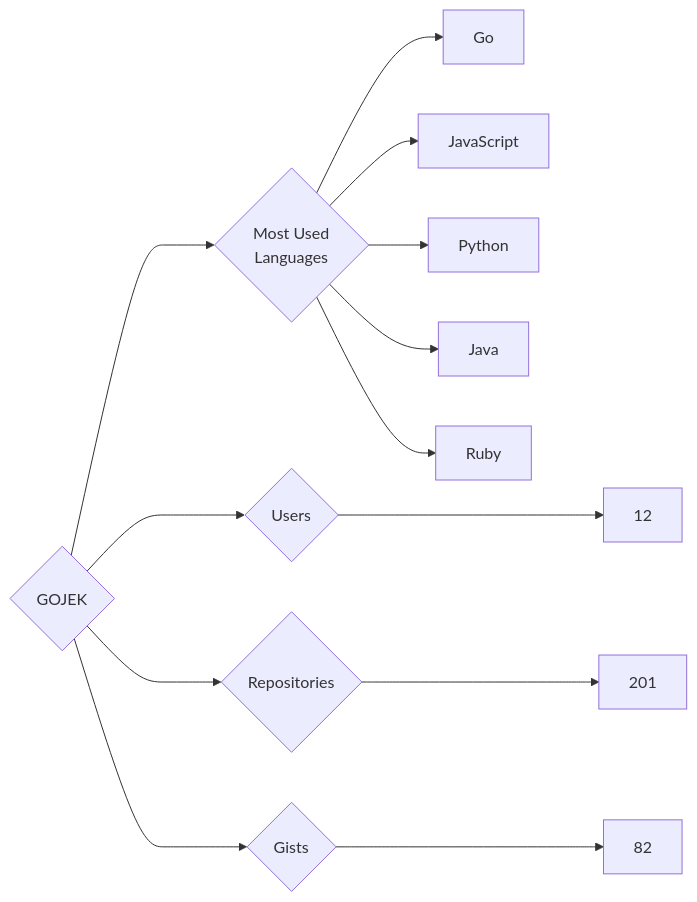
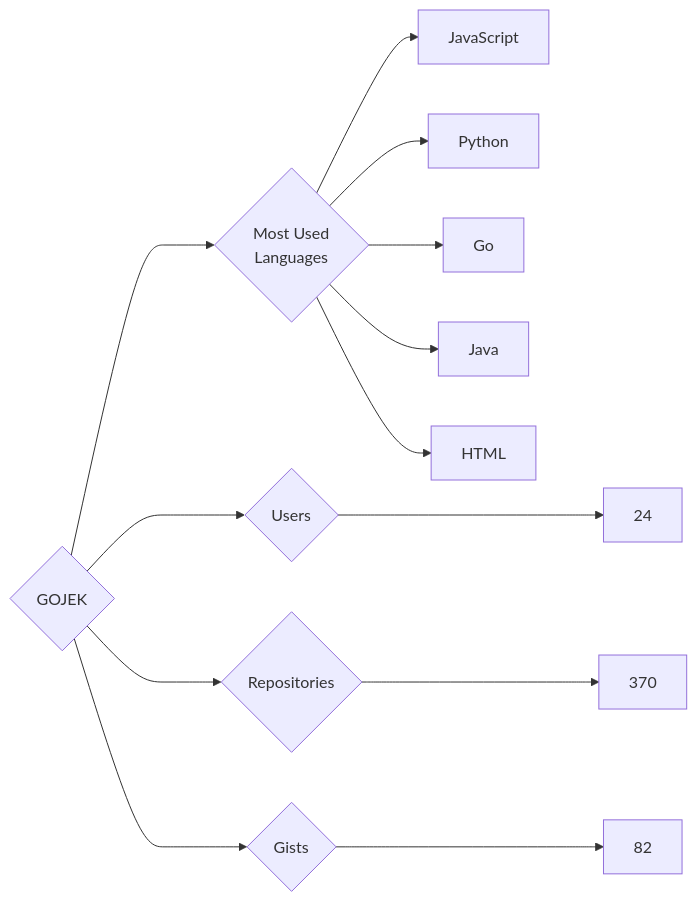
Before and after one commit to trickest/insiders: the diagram in targets/GOJEK/README.md, drawn with Mermaid. The commit also changed 1020 other files, not shown here.

````diff
--- a/targets/GOJEK/README.md
+++ b/targets/GOJEK/README.md
@@ -3,13 +3,13 @@
 ```mermaid
 graph LR
 COMPANY_NAME{GOJEK}
-COMPANY_NAME ---> U{Users} ---> UN[12]
-COMPANY_NAME ---> R{Repositories} ---> RN[201]
+COMPANY_NAME ---> U{Users} ---> UN[24]
+COMPANY_NAME ---> R{Repositories} ---> RN[370]
 COMPANY_NAME ---> G{Gists} ---> GN[82]
 COMPANY_NAME ---> ML{Most Used<br>Languages}
-ML --> Go[Go]
 ML --> JavaScript[JavaScript]
 ML --> Python[Python]
+ML --> Go[Go]
 ML --> Java[Java]
-ML --> Ruby[Ruby]
+ML --> HTML[HTML]
 ```
````
